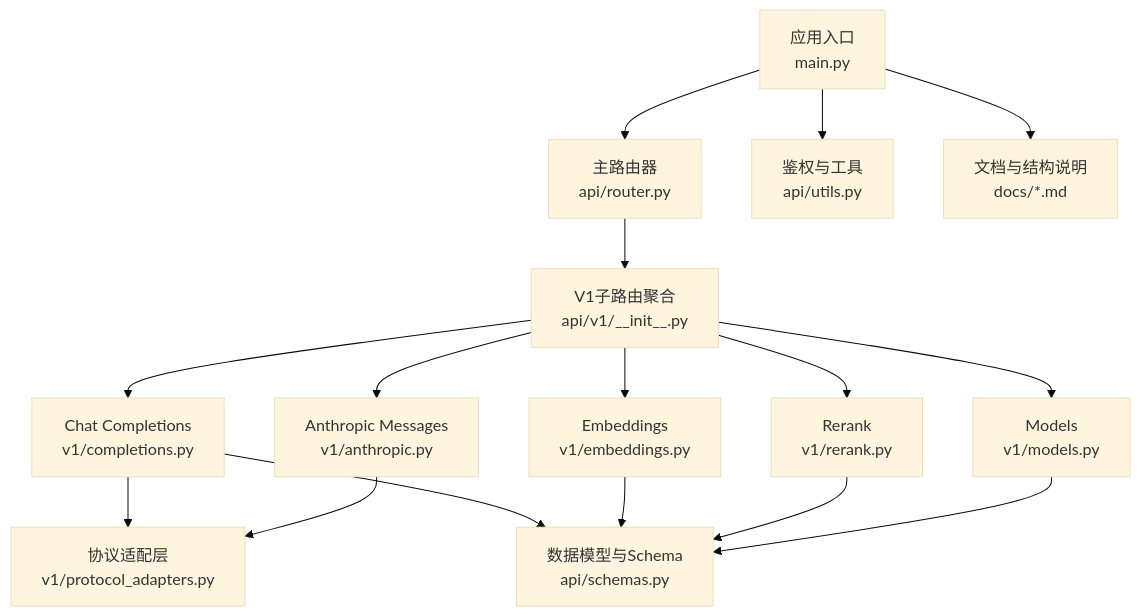
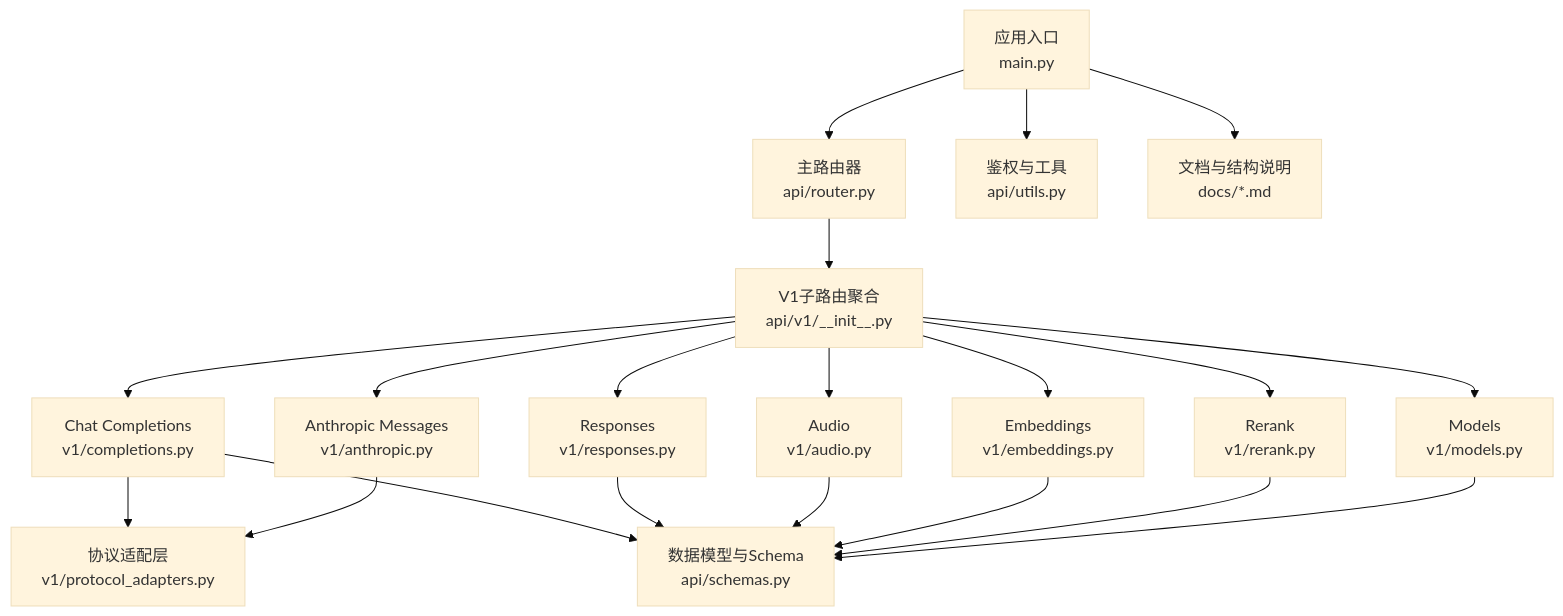
One commit to snz1dp/apiproxy changed the first of 5 diagrams in docs/wiki/content/API参考文档/API参考文档.md. Above: the diagram before and after it, drawn with Mermaid (base theme). The commit also changed other lines of this file and 18 other files, not shown here.

````diff
--- a/docs/wiki/content/API参考文档/API参考文档.md
+++ b/docs/wiki/content/API参考文档/API参考文档.md
@@ -60,18 +68,22 @@
 ```mermaid
 graph TB
 A["应用入口<br/>main.py"] --> B["主路由器<br/>api/router.py"]
 B --> C["V1子路由聚合<br/>api/v1/__init__.py"]
 C --> D["Chat Completions<br/>v1/completions.py"]
+C --> DR["Responses<br/>v1/responses.py"]
+C --> AU["Audio<br/>v1/audio.py"]
 C --> DA["Anthropic Messages<br/>v1/anthropic.py"]
 C --> E["Embeddings<br/>v1/embeddings.py"]
 C --> F["Rerank<br/>v1/rerank.py"]
 C --> G["Models<br/>v1/models.py"]
 D --> P["协议适配层<br/>v1/protocol_adapters.py"]
 DA --> P
 D --> H["数据模型与Schema<br/>api/schemas.py"]
+DR --> H
+AU --> H
 E --> H
 F --> H
 G --> H
 A --> I["鉴权与工具<br/>api/utils.py"]
 A --> J["文档与结构说明<br/>docs/*.md"]
 ```
````
